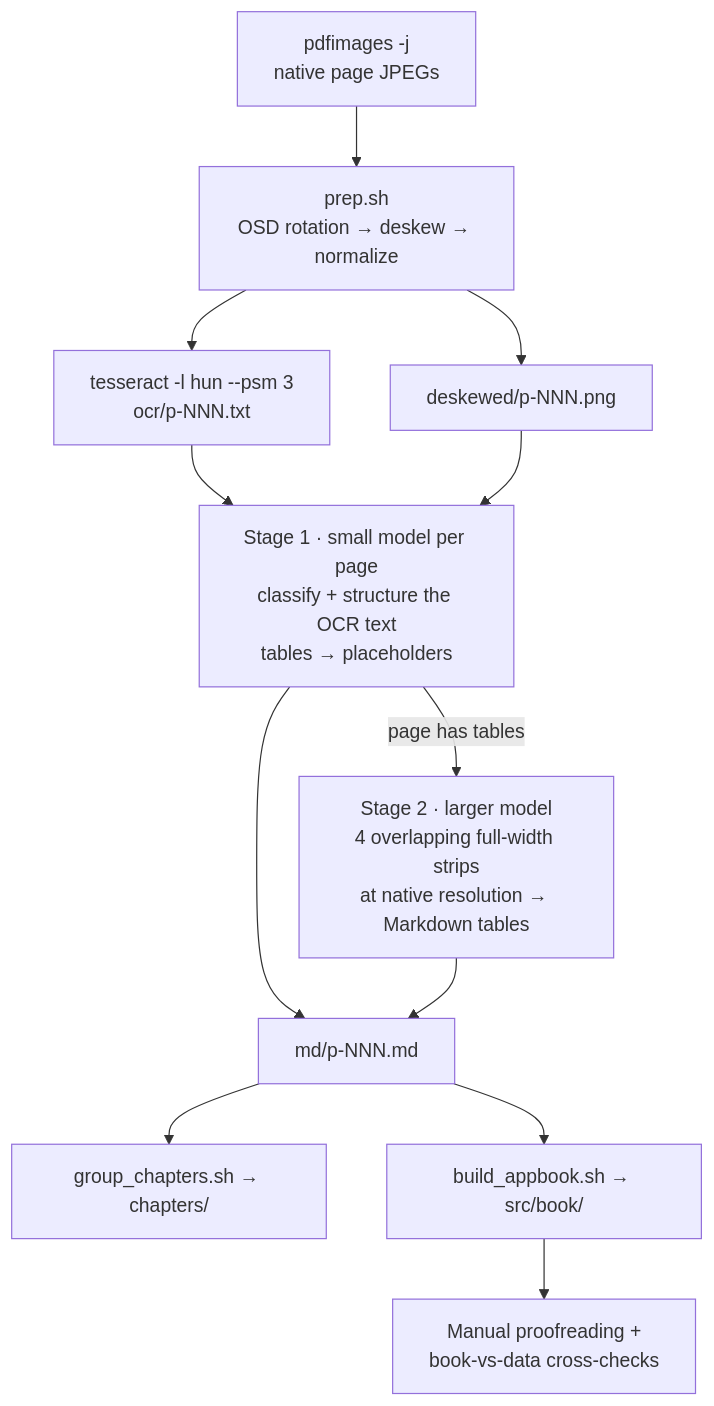
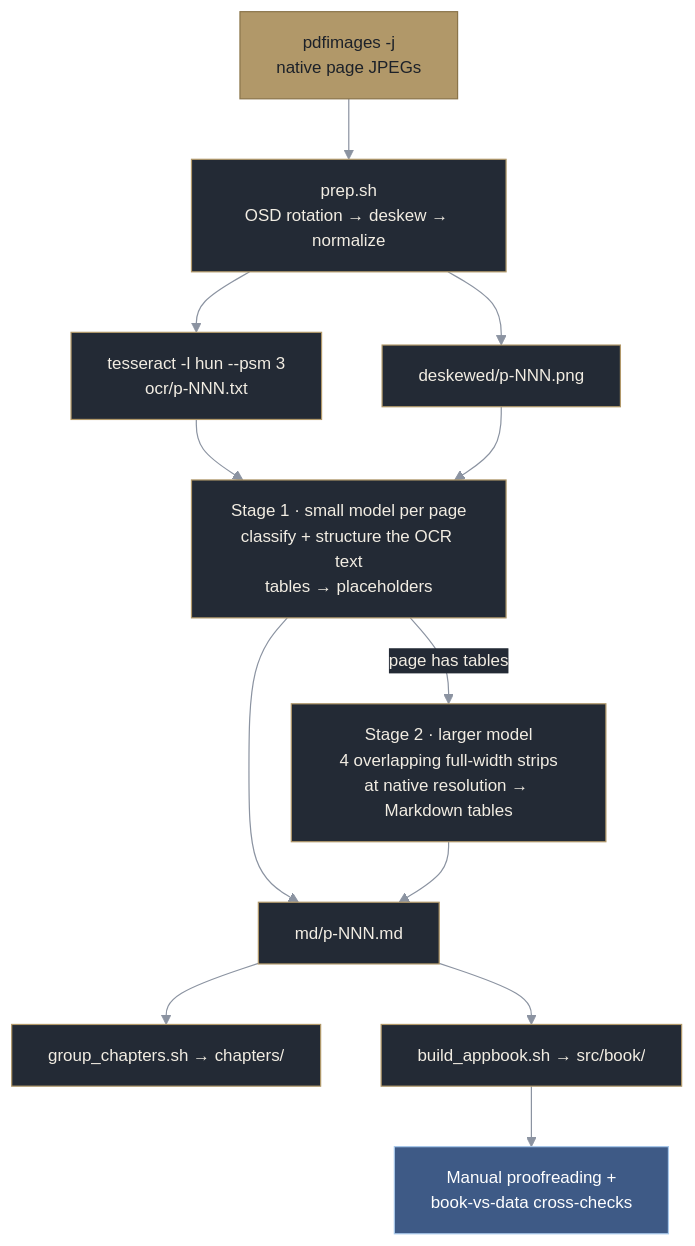
The diagram in docs/pdf-pipeline.md (codex-magica/codex-magica.github.io), drawn with Mermaid before and after one commit. The commit also changed 1 other file, not shown here.

Commit message:
Style the Mermaid diagrams so GitHub renders them as intended
GitHub draws Mermaid with its own light/dark theme, so the diagrams looked different there than in
an editor. Each diagram now sets its own look from the app's palette, chosen to read on both
GitHub backgrounds: dark slate boxes with a gold border and light text, inputs in the icon's gold,
the key component or result in the accent blue, grey arrows, a sans-serif font. Checked by
rendering all four diagrams (README and the pipeline write-up) on white and on GitHub's dark
background.

````diff
--- a/docs/pdf-pipeline.md
+++ b/docs/pdf-pipeline.md
@@ -26,14 +26,19 @@
 ```mermaid
+%%{init: {"theme": "base", "fontFamily": "Helvetica, Arial, sans-serif", "themeVariables": {"fontFamily": "Helvetica, Arial, sans-serif", "fontSize": "14px", "primaryColor": "#232a35", "primaryTextColor": "#f2ede3", "primaryBorderColor": "#b19869", "lineColor": "#8b93a1", "textColor": "#f2ede3", "edgeLabelBackground": "#232a35"}}}%%
 flowchart TD
     A["pdfimages -j<br/>native page JPEGs"] --> B["prep.sh<br/>OSD rotation → deskew → normalize"]
     B --> C["tesseract -l hun --psm 3<br/>ocr/p-NNN.txt"]
     B --> D["deskewed/p-NNN.png"]
     C --> E["Stage 1 · small model per page<br/>classify + structure the OCR text<br/>tables → placeholders"]
     D --> E
     E -->|page has tables| F["Stage 2 · larger model<br/>4 overlapping full-width strips<br/>at native resolution → Markdown tables"]
     E --> G["md/p-NNN.md"]
     F --> G
     G --> H["group_chapters.sh → chapters/"]
     G --> I["build_appbook.sh → src/book/"]
     I --> J["Manual proofreading +<br/>book-vs-data cross-checks"]
+    classDef input fill:#b19869,stroke:#8a744a,color:#1c2129
+    classDef key fill:#3e5a86,stroke:#a7c8ea,color:#ffffff
+    class A input
+    class J key
 ```
````
